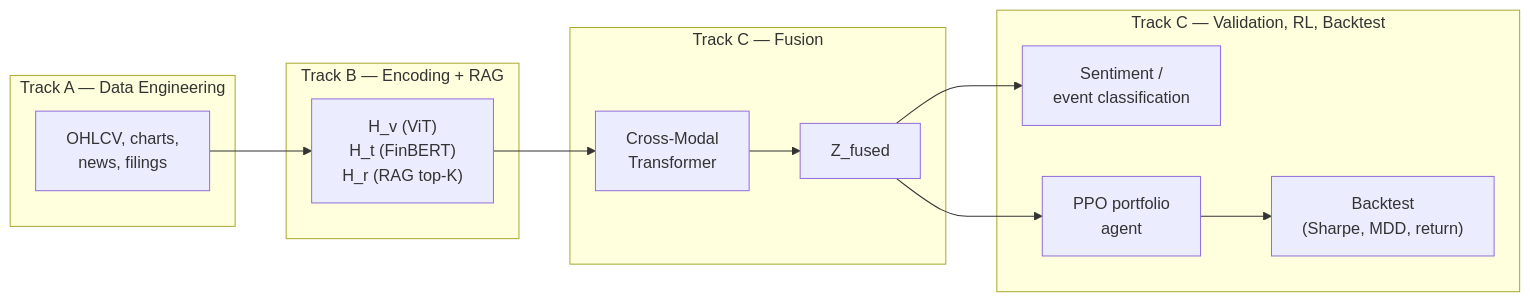
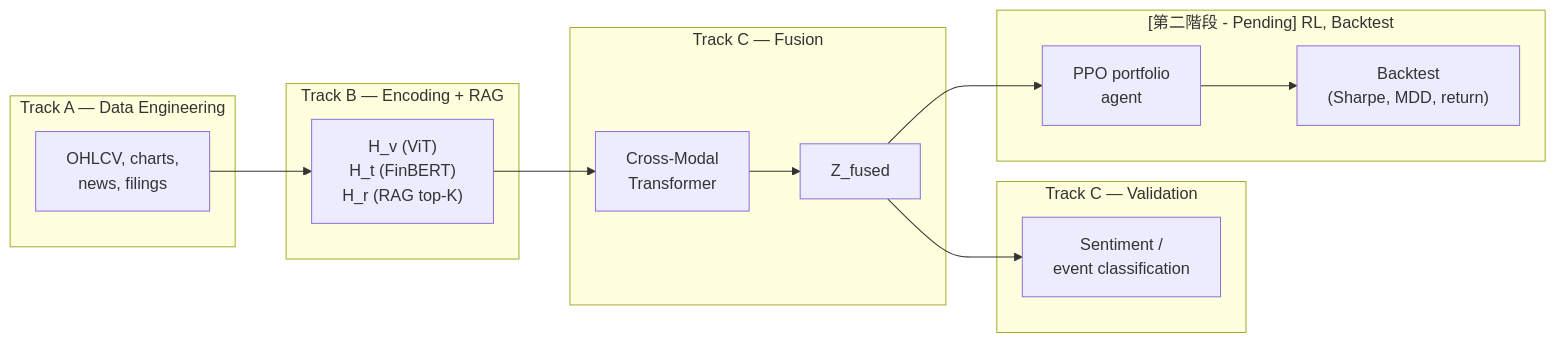
Before and after one commit to ZhenYan1214/MultiFinRL: the diagram in README.md, drawn with Mermaid. The commit also changed other lines of this file and 13 other files, not shown here.

````diff
--- a/README.md
+++ b/README.md
@@ -20,21 +21,23 @@
 ```mermaid
 flowchart LR
     subgraph A["Track A — Data Engineering"]
         A1["OHLCV, charts,\nnews, filings"]
     end
     subgraph B["Track B — Encoding + RAG"]
         B1["H_v (ViT)\nH_t (FinBERT)\nH_r (RAG top-K)"]
     end
     subgraph C1["Track C — Fusion"]
         C1a["Cross-Modal\nTransformer"]
         C1b["Z_fused"]
     end
-    subgraph C2["Track C — Validation, RL, Backtest"]
+    subgraph C2["Track C — Validation"]
         C2a["Sentiment /\nevent classification"]
+    end
+    subgraph C3["[第二階段 - Pending] RL, Backtest"]
         C2b["PPO portfolio\nagent"]
         C2c["Backtest\n(Sharpe, MDD, return)"]
     end
     A1 --> B1 --> C1a --> C1b
     C1b --> C2a
     C1b --> C2b --> C2c
 ```
````
